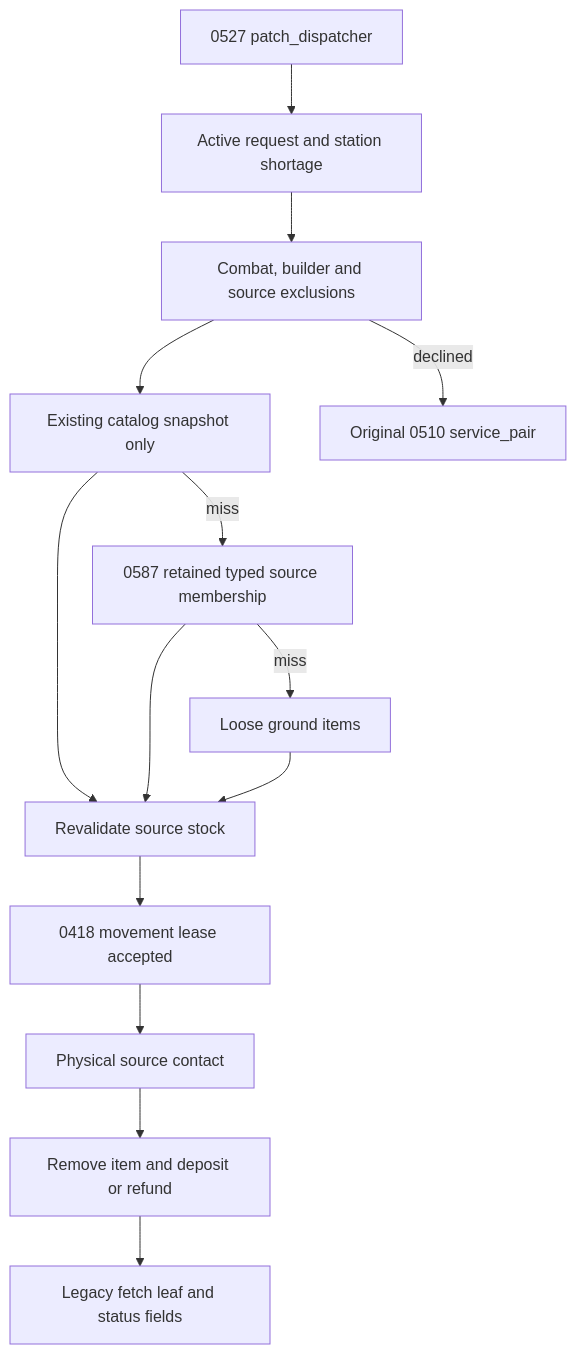
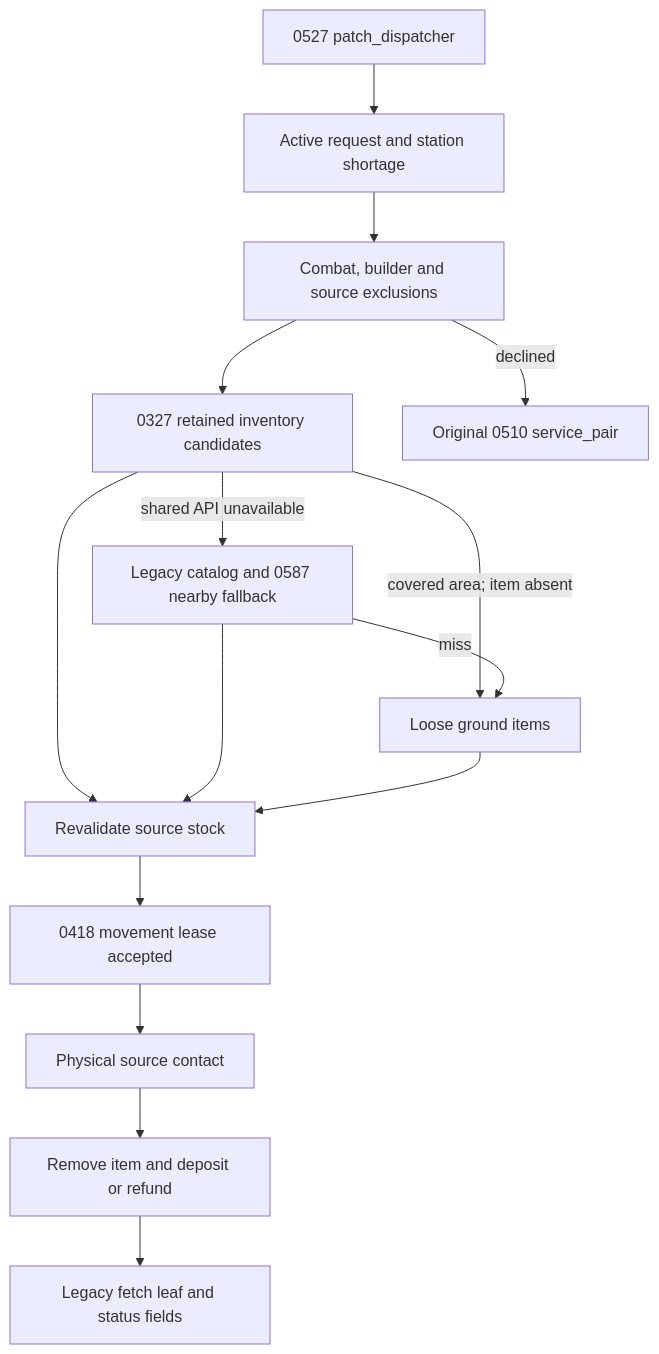
The second of 3 diagrams in docs/BEHAVIOR_MERMAID_FUNCTION_DRILLDOWN_0661.md (mrcalzon02/Tech-Priests), drawn with Mermaid before and after one commit. The commit also changed other lines of this file and 27 other files, not shown here.

Commit message:
fix: share retained inventory membership and preserve native trunk access

````diff
--- a/docs/BEHAVIOR_MERMAID_FUNCTION_DRILLDOWN_0661.md
+++ b/docs/BEHAVIOR_MERMAID_FUNCTION_DRILLDOWN_0661.md
@@ -33,16 +33,17 @@
 ```mermaid
 flowchart TD
     Wrapper["0527 patch_dispatcher"] --> Need["Active request and station shortage"]
     Need --> Guard["Combat, builder and source exclusions"]
-    Guard --> Catalog["Existing catalog snapshot only"]
-    Catalog -->|"miss"| Nearby["0587 retained typed source membership"]
-    Nearby -->|"miss"| Loose["Loose ground items"]
+    Guard --> Catalog["0327 retained inventory candidates"]
+    Catalog -->|"shared API unavailable"| Nearby["Legacy catalog and 0587 nearby fallback"]
+    Catalog -->|"covered area; item absent"| Loose["Loose ground items"]
+    Nearby -->|"miss"| Loose
     Catalog --> Check["Revalidate source stock"]
     Nearby --> Check
     Loose --> Check
     Check --> Travel["0418 movement lease accepted"]
     Travel --> Contact["Physical source contact"]
     Contact --> Transfer["Remove item and deposit or refund"]
     Transfer --> Leaf["Legacy fetch leaf and status fields"]
     Guard -->|"declined"| Dispatcher["Original 0510 service_pair"]
 ```
````
